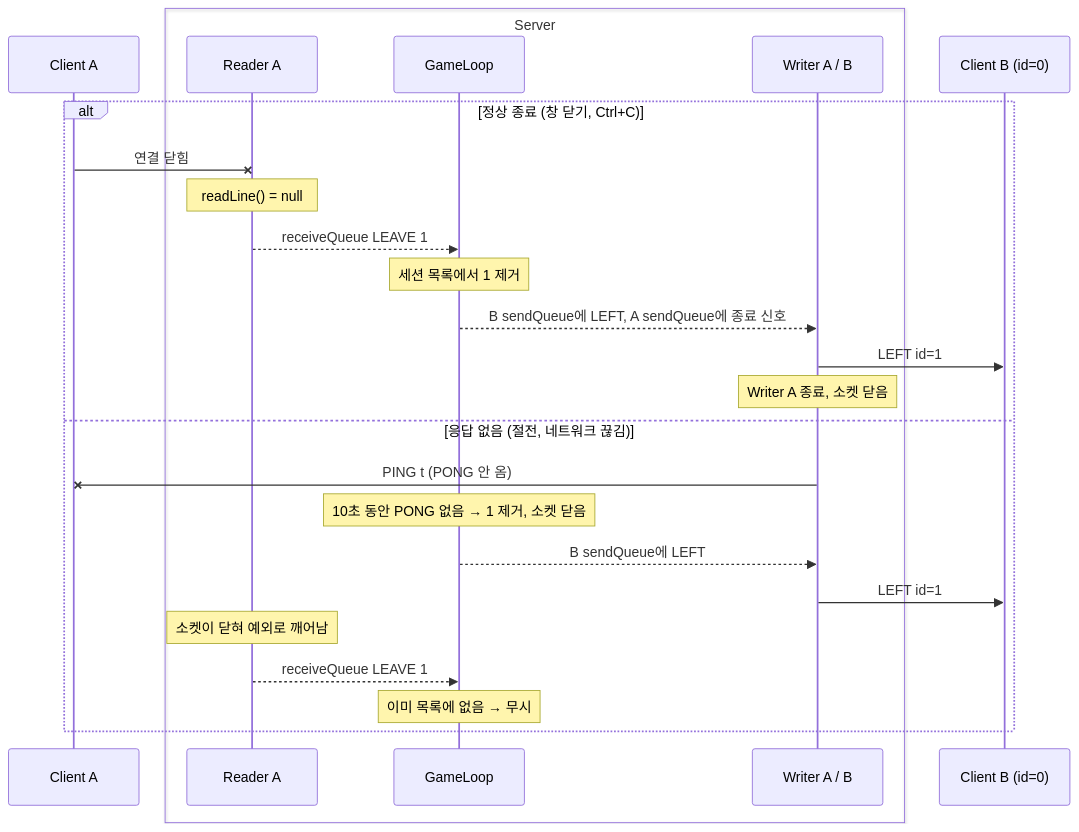
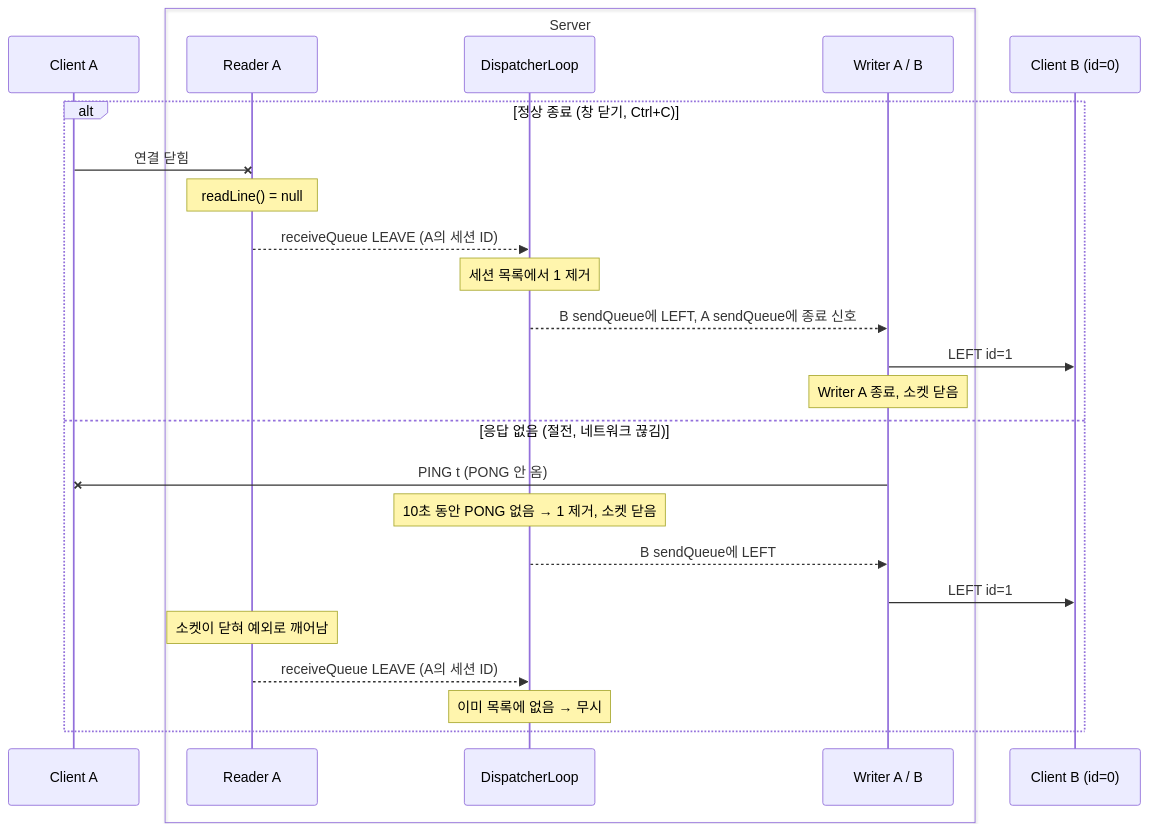
Before and after one commit to networkMinigame/minigame: the second of 2 diagrams in docs/thread-diagram/v1/protocol.md, drawn with Mermaid. The commit also changed other lines of this file and 22 other files, not shown here.

````diff
--- a/docs/thread-diagram/v1/protocol.md
+++ b/docs/thread-diagram/v1/protocol.md
@@ -49,28 +51,28 @@
 ```mermaid
 sequenceDiagram
     participant A as Client A
     box Server
         participant RA as Reader A
-        participant GL as GameLoop
+        participant GL as DispatcherLoop
         participant SQ as Writer A / B
     end
     participant B as Client B (id=0)
 
     alt 정상 종료 (창 닫기, Ctrl+C)
         A-xRA: 연결 닫힘
         Note over RA: readLine() = null
-        RA-->>GL: receiveQueue LEAVE 1
+        RA-->>GL: receiveQueue LEAVE (A의 세션 ID)
         Note over GL: 세션 목록에서 1 제거
         GL-->>SQ: B sendQueue에 LEFT, A sendQueue에 종료 신호
         SQ->>B: LEFT id=1
         Note over SQ: Writer A 종료, 소켓 닫음
     else 응답 없음 (절전, 네트워크 끊김)
         SQ-xA: PING t (PONG 안 옴)
         Note over GL: 10초 동안 PONG 없음 → 1 제거, 소켓 닫음
         GL-->>SQ: B sendQueue에 LEFT
         SQ->>B: LEFT id=1
         Note over RA: 소켓이 닫혀 예외로 깨어남
-        RA-->>GL: receiveQueue LEAVE 1
+        RA-->>GL: receiveQueue LEAVE (A의 세션 ID)
         Note over GL: 이미 목록에 없음 → 무시
     end
 ```
````
